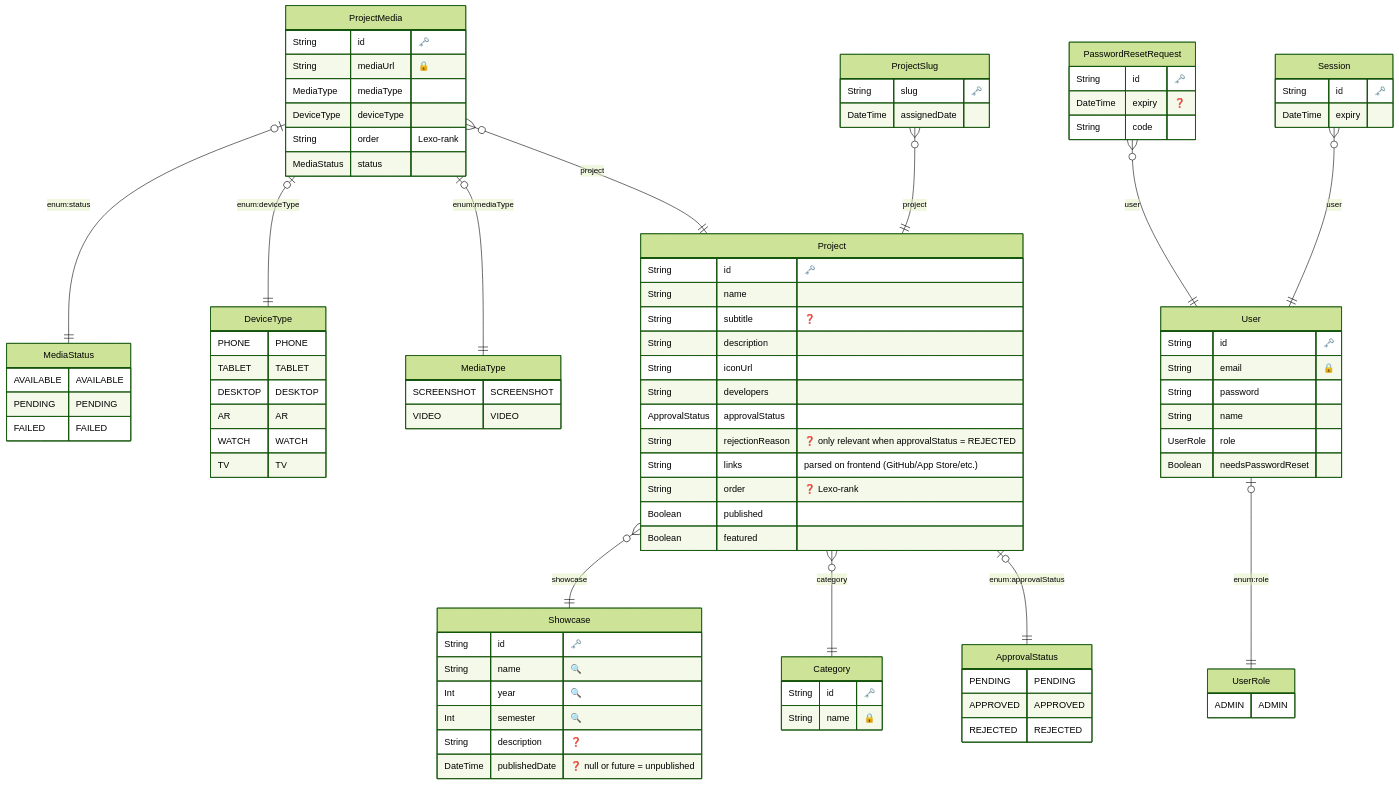
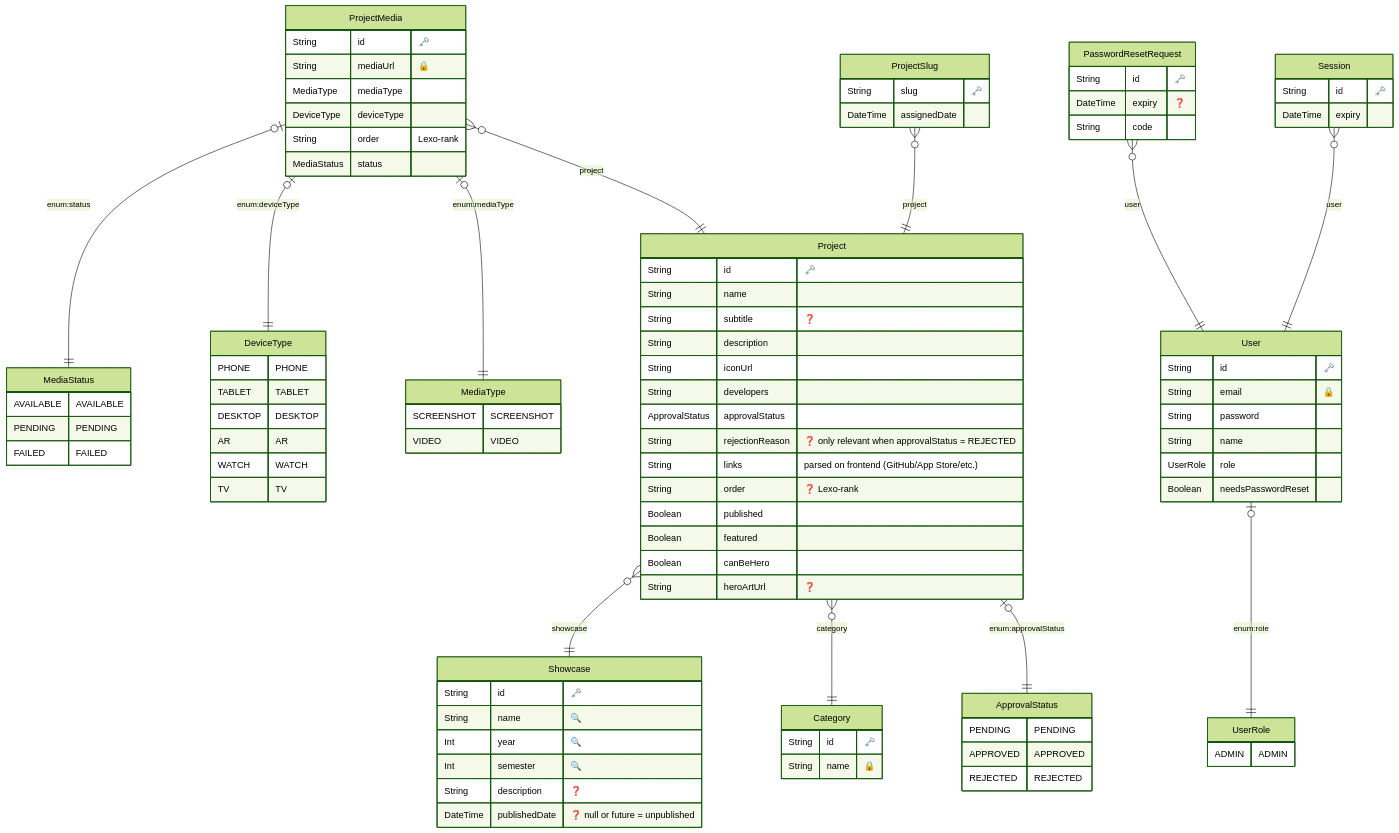
Before and after one commit to odisfm/hapi: the diagram in shared/prisma/ERD.md, drawn with Mermaid (forest theme). The commit also changed 15 other files, not shown here.

```diff
--- a/shared/prisma/ERD.md
+++ b/shared/prisma/ERD.md
@@ -84,6 +84,8 @@
     String order "❓ Lexo-rank"
     Boolean published 
     Boolean featured 
+    Boolean canBeHero 
+    String heroArtUrl "❓"
     }
   
 
```
